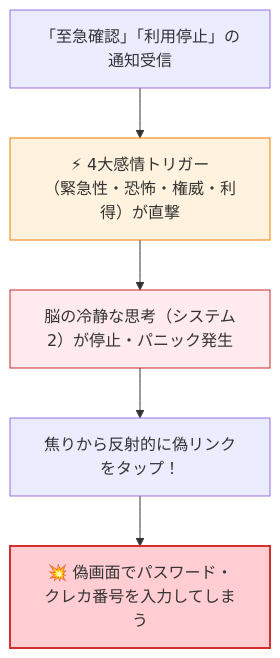
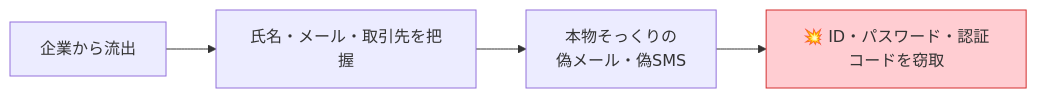
One commit to kashiwabarakenji/multimedia changed the fourth of 5 diagrams in security.qmd. Above: the diagram before and after it, drawn with Mermaid. The commit also changed other lines of this file, not shown here.

````diff
--- a/security.qmd
+++ b/security.qmd
@@ -427,10 +343,7 @@
 ```{mermaid}
-flowchart TD
-    A["「至急確認」「利用停止」の通知受信"] --> B["⚡ 4大感情トリガー<br/>（緊急性・恐怖・権威・利得）が直撃"]
-    B --> C["脳の冷静な思考（システム2）が停止・パニック発生"]
-    C --> D["焦りから反射的に偽リンクをタップ！"]
-    D --> E["💥 偽画面でパスワード・クレカ番号を入力してしまう"]
-    style B fill:#fff3e0,stroke:#f57c00
-    style C fill:#ffebee,stroke:#c62828
-    style E fill:#ffcdd2,stroke:#d32f2f,stroke-width:2px
+flowchart LR
+    A[企業から流出] --> B[氏名・メール・取引先を把握]
+    B --> C["本物そっくりの<br/>偽メール・偽SMS"]
+    C --> D[💥 ID・パスワード・認証コードを窃取]
+    style D fill:#ffcdd2,stroke:#d32f2f
 ```
````
